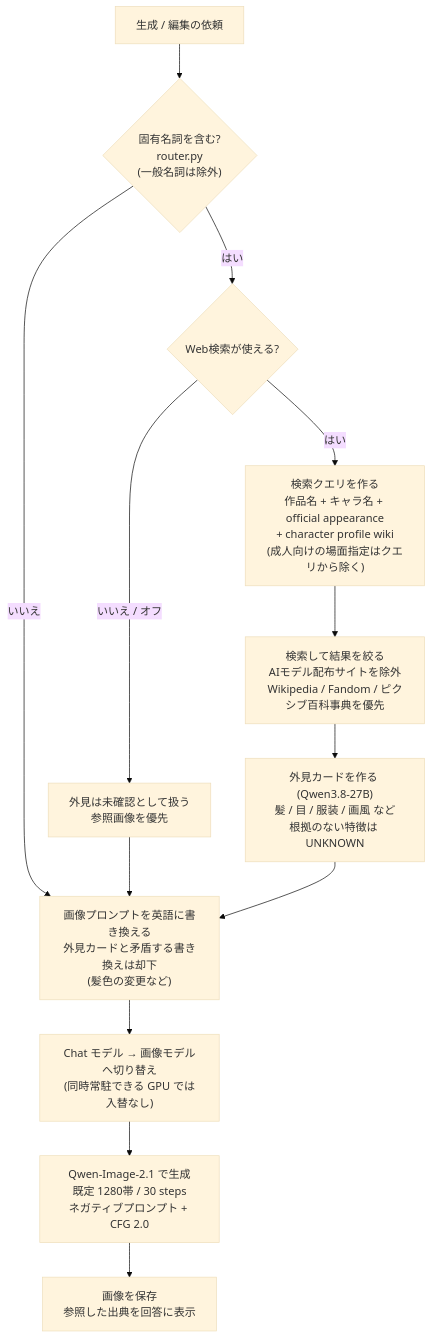
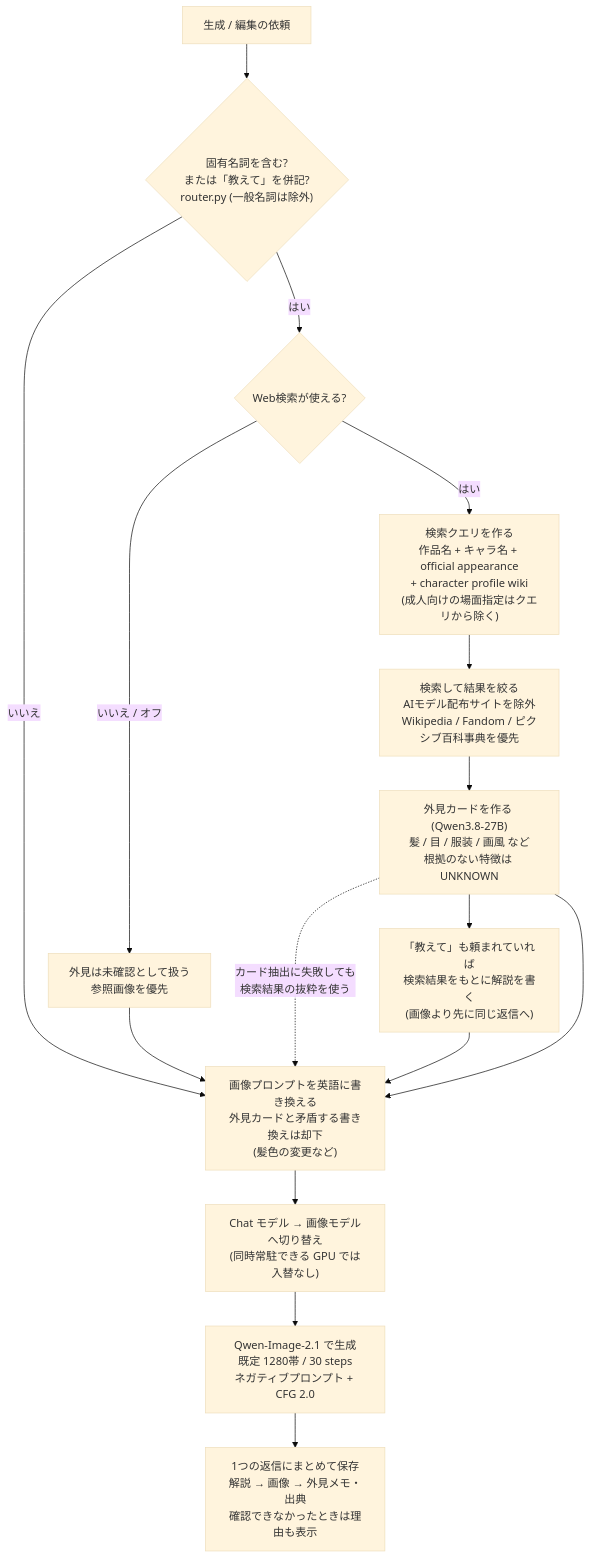
Before and after one commit to moruku36/qwen-multimodal: the third of 7 diagrams in docs/architecture.md, drawn with Mermaid (base theme). The commit also changed other lines of this file and 9 other files, not shown here.

````diff
--- a/docs/architecture.md
+++ b/docs/architecture.md
@@ -95,15 +95,18 @@
 ```mermaid
 flowchart TD
-    A["生成 / 編集の依頼"] --> B{"固有名詞を含む?<br/>router.py<br/>(一般名詞は除外)"}
+    A["生成 / 編集の依頼"] --> B{"固有名詞を含む?<br/>または「教えて」を併記?<br/>router.py (一般名詞は除外)"}
     B -- "いいえ" --> P
     B -- "はい" --> C{"Web検索が使える?"}
     C -- "いいえ / オフ" --> U["外見は未確認として扱う<br/>参照画像を優先"]
     U --> P
     C -- "はい" --> Q["検索クエリを作る<br/>作品名 + キャラ名 + official appearance<br/>+ character profile wiki<br/>(成人向けの場面指定はクエリから除く)"]
     Q --> S["検索して結果を絞る<br/>AIモデル配布サイトを除外<br/>Wikipedia / Fandom / ピクシブ百科事典を優先"]
     S --> CARD["外見カードを作る (Qwen3.8-27B)<br/>髪 / 目 / 服装 / 画風 など<br/>根拠のない特徴は UNKNOWN"]
+    CARD -. "カード抽出に失敗しても<br/>検索結果の抜粋を使う" .-> P
+    CARD --> ANS["「教えて」も頼まれていれば<br/>検索結果をもとに解説を書く<br/>(画像より先に同じ返信へ)"]
+    ANS --> P
     CARD --> P["画像プロンプトを英語に書き換える<br/>外見カードと矛盾する書き換えは却下<br/>(髪色の変更など)"]
     P --> SW["Chat モデル → 画像モデルへ切り替え<br/>(同時常駐できる GPU では入替なし)"]
     SW --> IMG["Qwen-Image-2.1 で生成<br/>既定 1280帯 / 30 steps<br/>ネガティブプロンプト + CFG 2.0"]
-    IMG --> SV["画像を保存<br/>参照した出典を回答に表示"]
+    IMG --> SV["1つの返信にまとめて保存<br/>解説 → 画像 → 外見メモ・出典<br/>確認できなかったときは理由も表示"]
 ```
````
